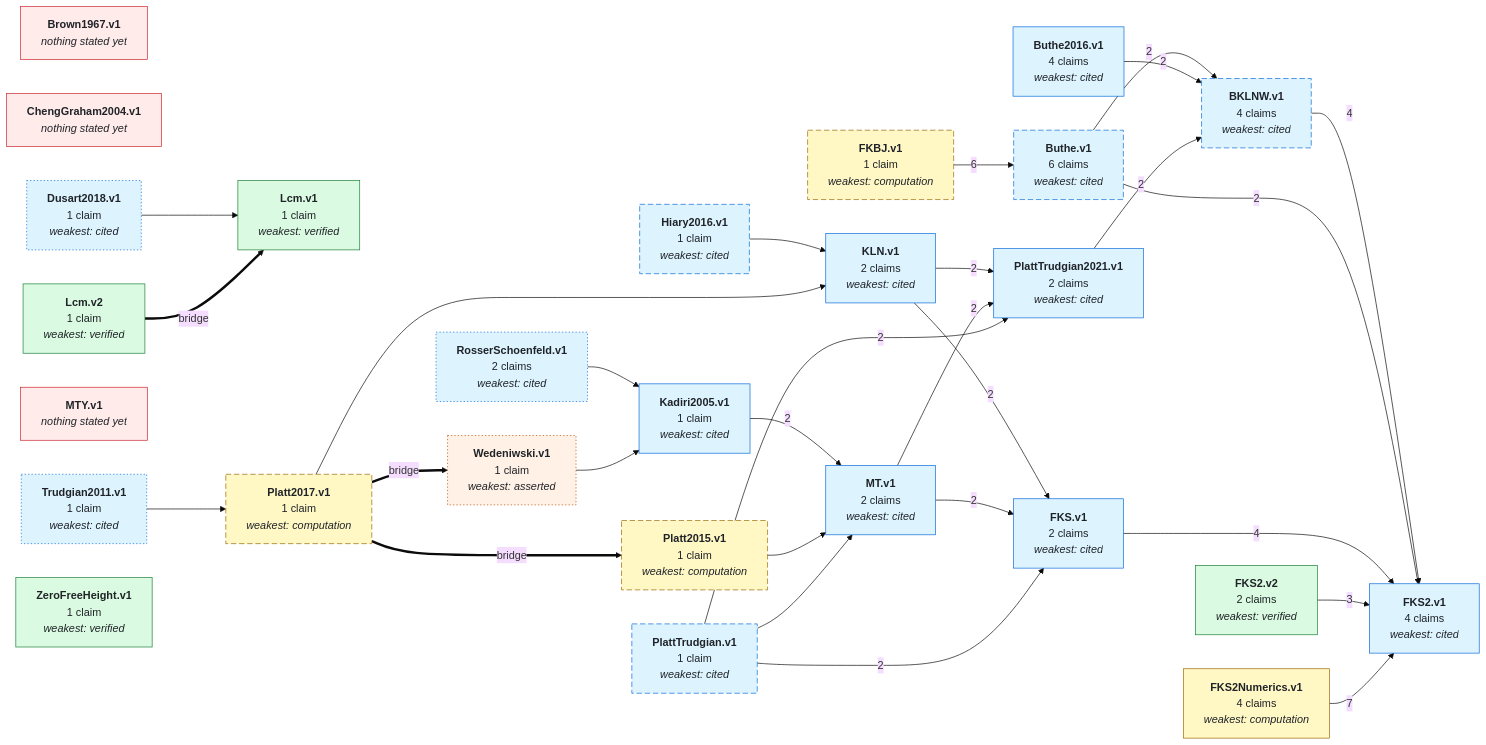
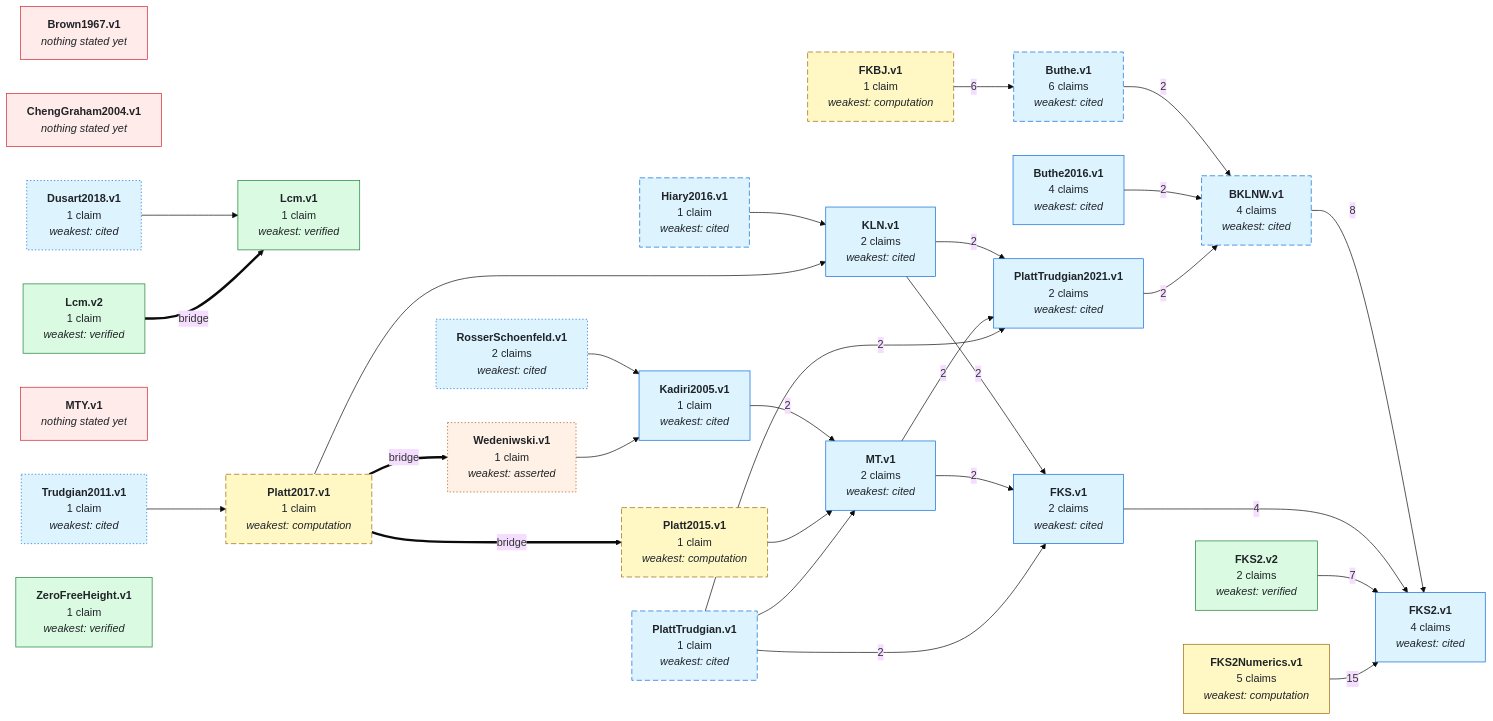
One commit to teorth/IEANTN changed the first of 2 diagrams in GRAPH.md. Above: the diagram before and after it, drawn with Mermaid (base theme). The commit also changed other lines of this file and 16 other files, not shown here.

```diff
--- a/GRAPH.md
+++ b/GRAPH.md
@@ -52,7 +52,7 @@
   NFKS_v1["<b>FKS.v1</b><br/>2 claims<br/><i>weakest: cited</i>"]
   NFKS2_v1["<b>FKS2.v1</b><br/>4 claims<br/><i>weakest: cited</i>"]
   NFKS2_v2["<b>FKS2.v2</b><br/>2 claims<br/><i>weakest: verified</i>"]
-  NFKS2Numerics_v1["<b>FKS2Numerics.v1</b><br/>4 claims<br/><i>weakest: computation</i>"]
+  NFKS2Numerics_v1["<b>FKS2Numerics.v1</b><br/>5 claims<br/><i>weakest: computation</i>"]
   NHiary2016_v1["<b>Hiary2016.v1</b><br/>1 claim<br/><i>weakest: cited</i>"]
   NKLN_v1["<b>KLN.v1</b><br/>2 claims<br/><i>weakest: cited</i>"]
   NKadiri2005_v1["<b>Kadiri2005.v1</b><br/>1 claim<br/><i>weakest: cited</i>"]
@@ -68,15 +68,14 @@
   NTrudgian2011_v1["<b>Trudgian2011.v1</b><br/>1 claim<br/><i>weakest: cited</i>"]
   NWedeniwski_v1["<b>Wedeniwski.v1</b><br/>1 claim<br/><i>weakest: asserted</i>"]
   NZeroFreeHeight_v1["<b>ZeroFreeHeight.v1</b><br/>1 claim<br/><i>weakest: verified</i>"]
-  NBKLNW_v1 -->|4| NFKS2_v1
+  NBKLNW_v1 -->|8| NFKS2_v1
   NButhe_v1 -->|2| NBKLNW_v1
-  NButhe_v1 -->|2| NFKS2_v1
   NButhe2016_v1 -->|2| NBKLNW_v1
   NDusart2018_v1 --> NLcm_v1
   NFKBJ_v1 -->|6| NButhe_v1
   NFKS_v1 -->|4| NFKS2_v1
-  NFKS2_v2 -->|3| NFKS2_v1
-  NFKS2Numerics_v1 -->|7| NFKS2_v1
+  NFKS2_v2 -->|7| NFKS2_v1
+  NFKS2Numerics_v1 -->|15| NFKS2_v1
   NHiary2016_v1 --> NKLN_v1
   NKLN_v1 -->|2| NFKS_v1
   NKLN_v1 -->|2| NPlattTrudgian2021_v1
```
